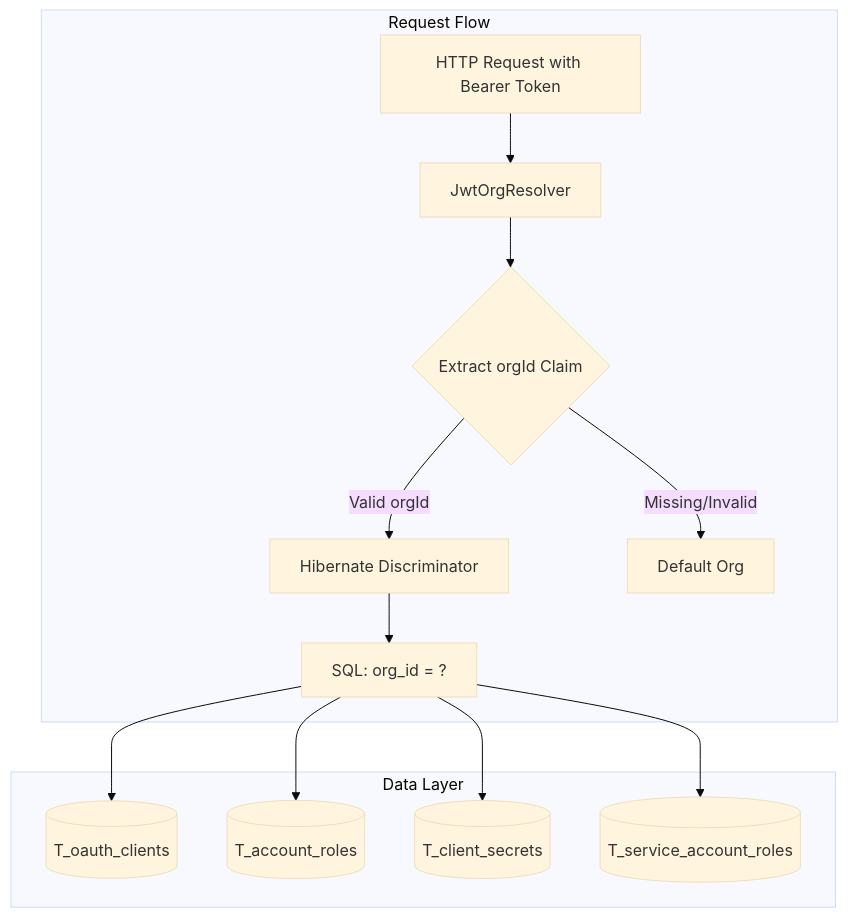
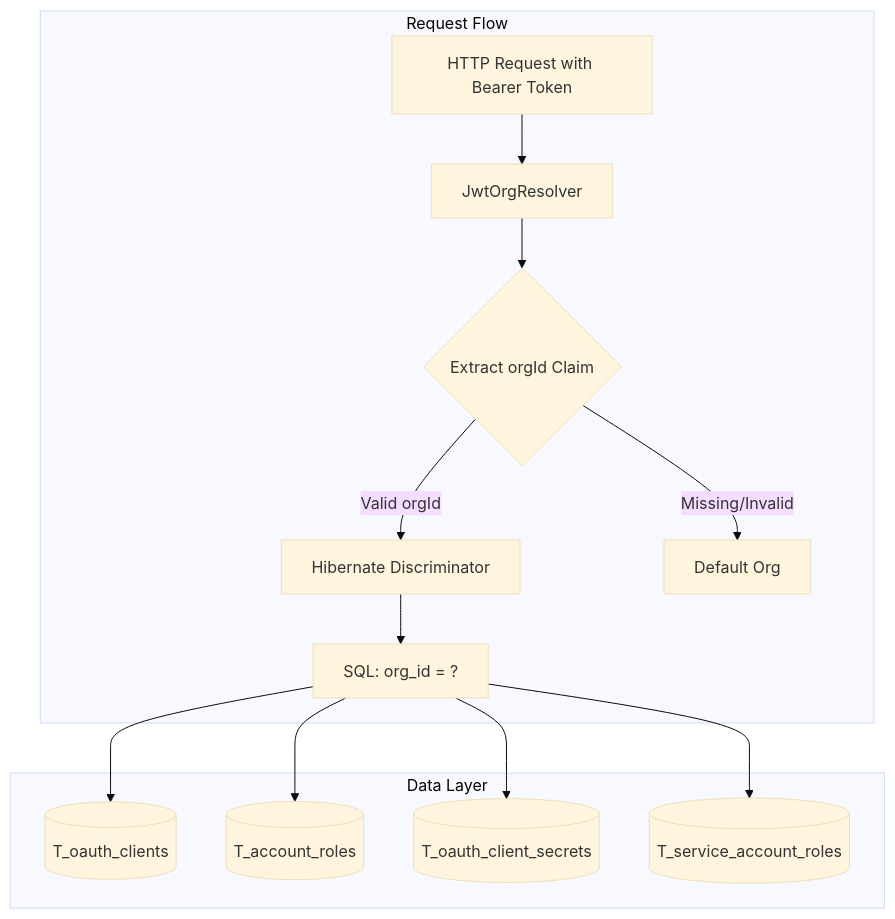
Before and after one commit to abstratium-dev/abstrauth: the diagram in docs/ephemeral-and-volatile-and-temporary-but-interesting/SECURITY_AUDIT_MULTITENANCY.md, drawn with Mermaid (base theme). The commit also changed other lines of this file and 16 other files, not shown here.

````diff
--- a/docs/ephemeral-and-volatile-and-temporary-but-interesting/SECURITY_AUDIT_MULTITENANCY.md
+++ b/docs/ephemeral-and-volatile-and-temporary-but-interesting/SECURITY_AUDIT_MULTITENANCY.md
@@ -22,17 +22,17 @@
 ```mermaid
 flowchart TB
     subgraph "Request Flow"
         A[HTTP Request with Bearer Token] --> B[JwtOrgResolver]
         B --> C{Extract orgId Claim}
         C -->|Valid orgId| D[Hibernate Discriminator]
         C -->|Missing/Invalid| E[Default Org]
         D --> F[SQL: org_id = ?]
     end
     
     subgraph "Data Layer"
         F --> G[(T_oauth_clients)]
         F --> H[(T_account_roles)]
-        F --> I[(T_client_secrets)]
+        F --> I[(T_oauth_client_secrets)]
         F --> J[(T_service_account_roles)]
     end
 ```
````
